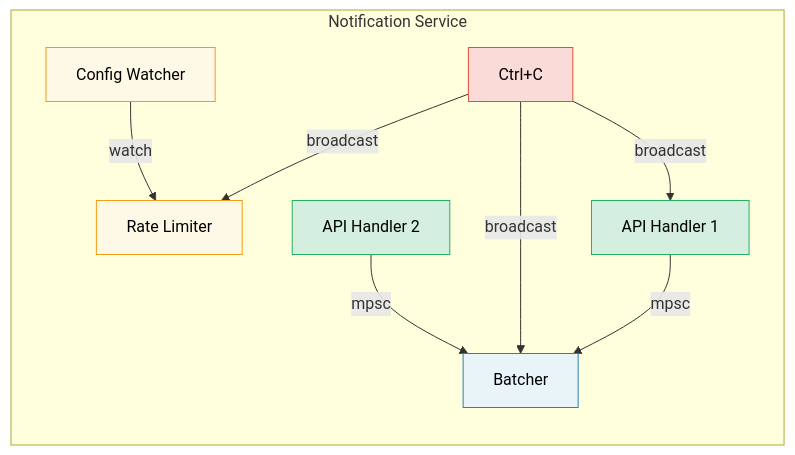
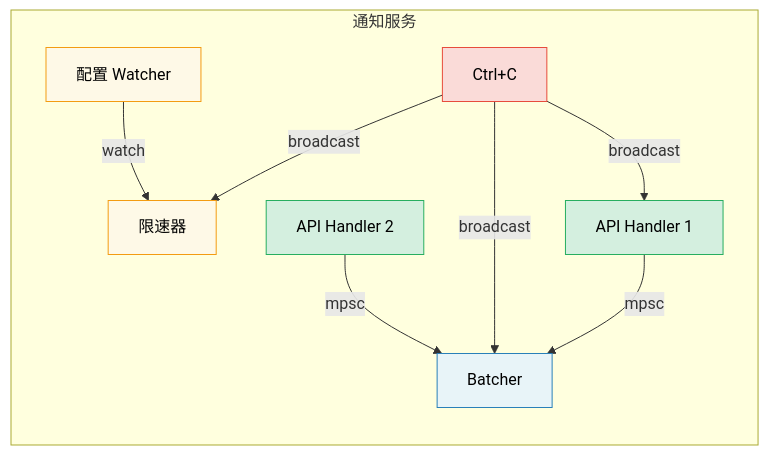
One commit to hearsay316/RustTraining changed the third of 3 diagrams in async-book/src-zh/ch08-tokio-deep-dive.md. Above: the diagram before and after it, drawn with Mermaid. The commit also changed other lines of this file and 18 other files, not shown here.

````diff
--- a/async-book/src-zh/ch08-tokio-deep-dive.md
+++ b/async-book/src-zh/ch08-tokio-deep-dive.md
@@ -235,19 +235,19 @@
 ```mermaid
 graph LR
-    subgraph "Notification Service"
+    subgraph "通知服务"
         direction TB
         API1["API Handler 1"] -->|mpsc| BATCH["Batcher"]
         API2["API Handler 2"] -->|mpsc| BATCH
-        CONFIG["Config Watcher"] -->|watch| RATE["Rate Limiter"]
+        CONFIG["配置 Watcher"] -->|watch| RATE["限速器"]
         CTRL["Ctrl+C"] -->|broadcast| API1
         CTRL -->|broadcast| BATCH
         CTRL -->|broadcast| RATE
     end
 
     style API1 fill:#d4efdf,stroke:#27ae60,color:#000
     style API2 fill:#d4efdf,stroke:#27ae60,color:#000
     style BATCH fill:#e8f4f8,stroke:#2980b9,color:#000
     style CONFIG fill:#fef9e7,stroke:#f39c12,color:#000
     style RATE fill:#fef9e7,stroke:#f39c12,color:#000
     style CTRL fill:#fadbd8,stroke:#e74c3c,color:#000
 ```
````
